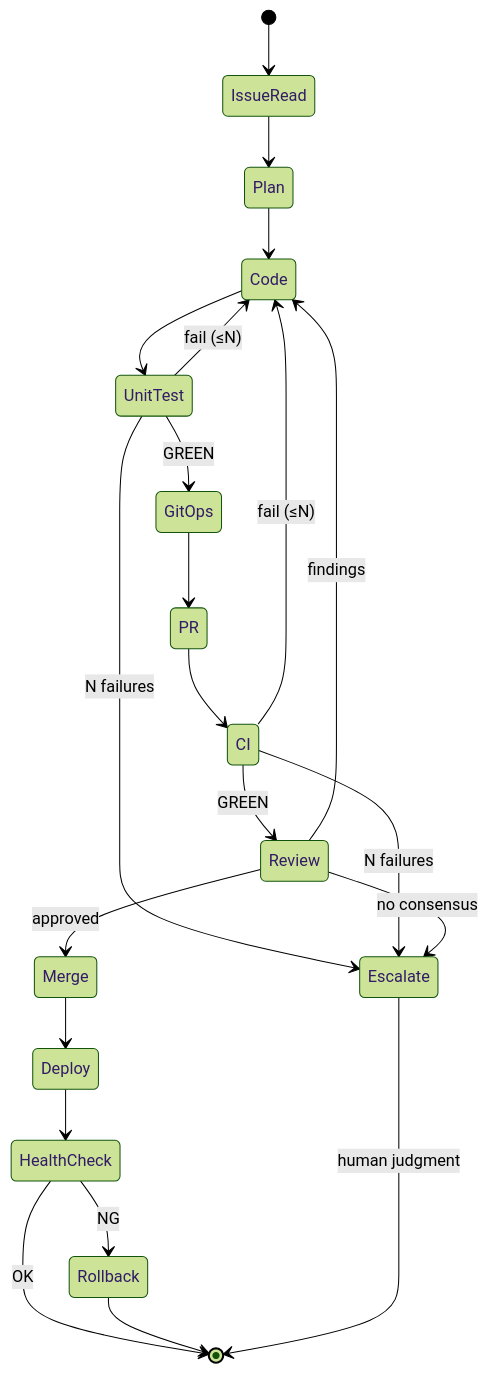
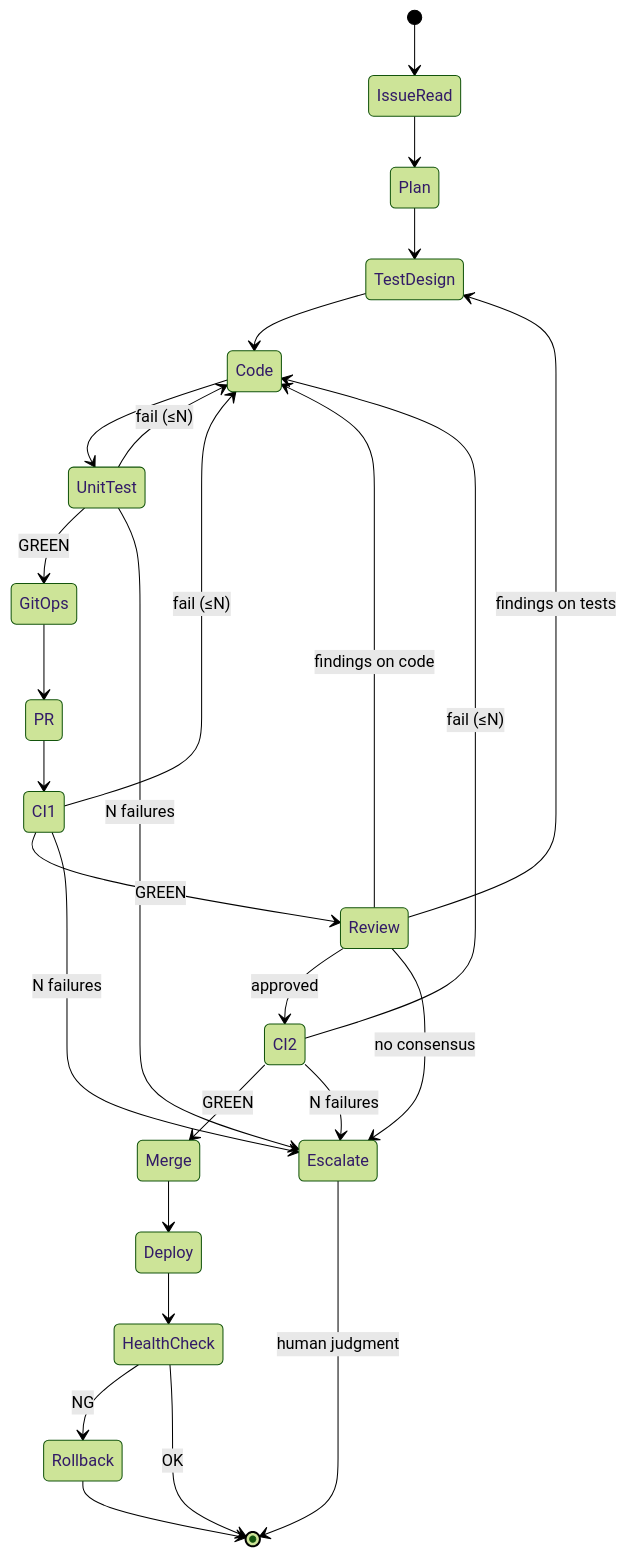
Before and after one commit to shuji-bonji/ai-agent-architecture: the fourth of 8 diagrams in docs/workflows/autonomous-dev-meta-agent.md, drawn with Mermaid (forest theme). The commit also changed other lines of this file and 1 other file, not shown here.

````diff
--- a/docs/workflows/autonomous-dev-meta-agent.md
+++ b/docs/workflows/autonomous-dev-meta-agent.md
@@ -198,24 +228,29 @@
 ```mermaid
 stateDiagram-v2
     [*] --> IssueRead
     IssueRead --> Plan
-    Plan --> Code
+    Plan --> TestDesign
+    TestDesign --> Code
     Code --> UnitTest
     UnitTest --> Code: fail (≤N)
     UnitTest --> GitOps: GREEN
     GitOps --> PR
-    PR --> CI
-    CI --> Code: fail (≤N)
-    CI --> Review: GREEN
-    Review --> Code: findings
-    Review --> Merge: approved
+    PR --> CI1
+    CI1 --> Code: fail (≤N)
+    CI1 --> Review: GREEN
+    Review --> Code: findings on code
+    Review --> TestDesign: findings on tests
+    Review --> CI2: approved
+    CI2 --> Code: fail (≤N)
+    CI2 --> Merge: GREEN
     Merge --> Deploy
     Deploy --> HealthCheck
     HealthCheck --> Rollback: NG
     HealthCheck --> [*]: OK
     Rollback --> [*]
     UnitTest --> Escalate: N failures
-    CI --> Escalate: N failures
+    CI1 --> Escalate: N failures
+    CI2 --> Escalate: N failures
     Review --> Escalate: no consensus
     Escalate --> [*]: human judgment
 ```
````
